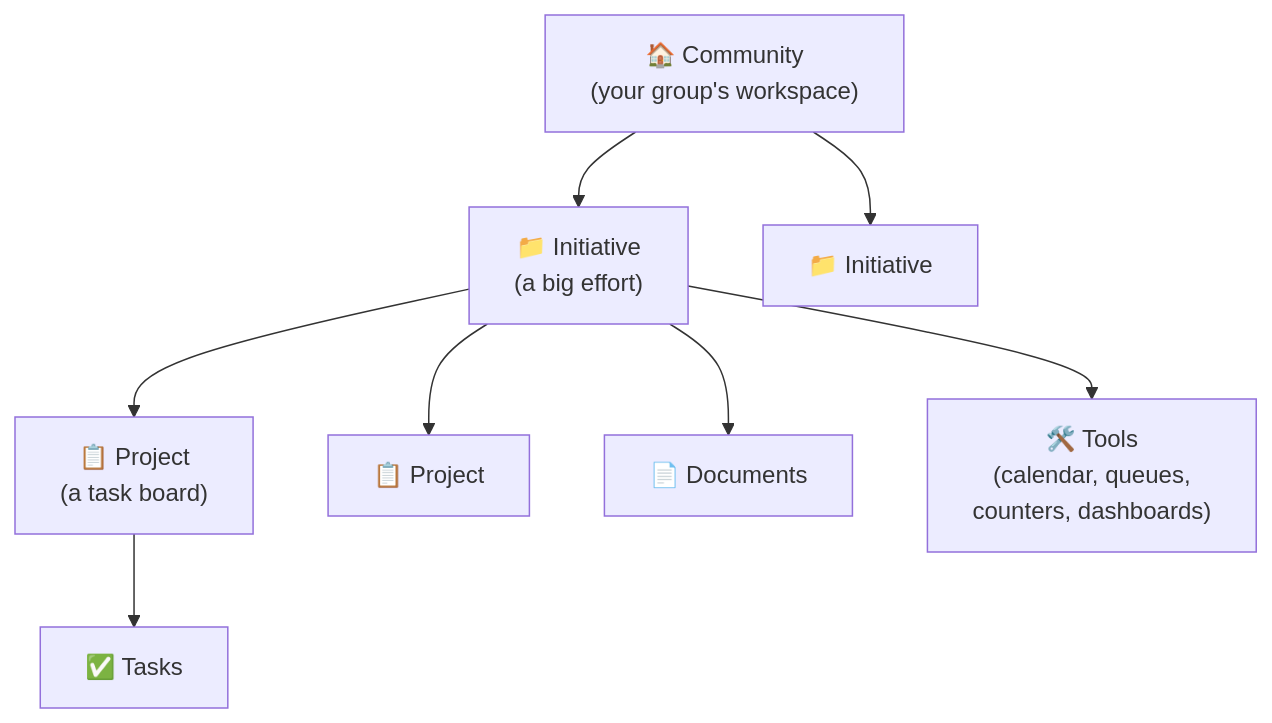
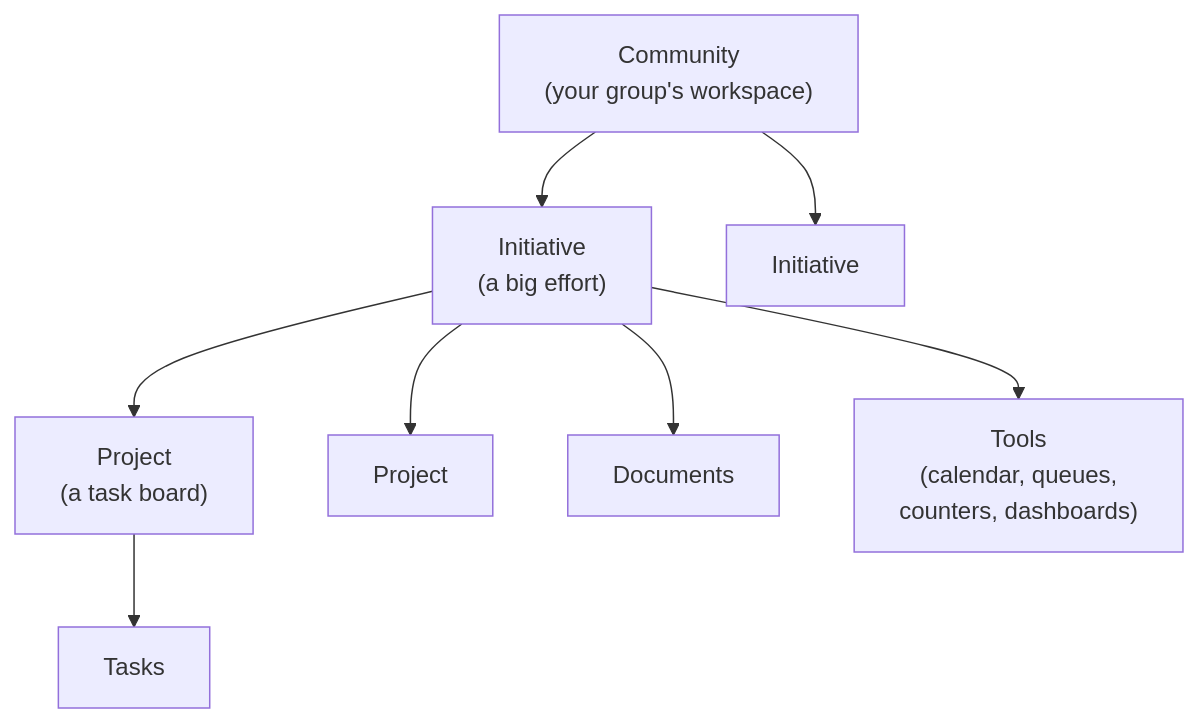
Before and after one commit to Morelitea/initiative: the diagram in docs/en/concepts/index.md, drawn with Mermaid. The commit also changed other lines of this file and 21 other files, not shown here.

````diff
--- a/docs/en/concepts/index.md
+++ b/docs/en/concepts/index.md
@@ -11,19 +11,19 @@
 ```mermaid
 graph TD
-  G["🏠 Community<br/>(your group's workspace)"]
-  I1["📁 Initiative<br/>(a big effort)"]
-  I2["📁 Initiative"]
-  P1["📋 Project<br/>(a task board)"]
-  P2["📋 Project"]
-  D1["📄 Documents"]
-  T1["🛠️ Tools<br/>(calendar, queues,<br/>counters, dashboards)"]
-  TASK["✅ Tasks"]
+  G["Community<br/>(your group's workspace)"]
+  I1["Initiative<br/>(a big effort)"]
+  I2["Initiative"]
+  P1["Project<br/>(a task board)"]
+  P2["Project"]
+  D1["Documents"]
+  T1["Tools<br/>(calendar, queues,<br/>counters, dashboards)"]
+  TASK["Tasks"]
 
   G --> I1
   G --> I2
   I1 --> P1
   I1 --> P2
   I1 --> D1
   I1 --> T1
   P1 --> TASK
 ```
````
